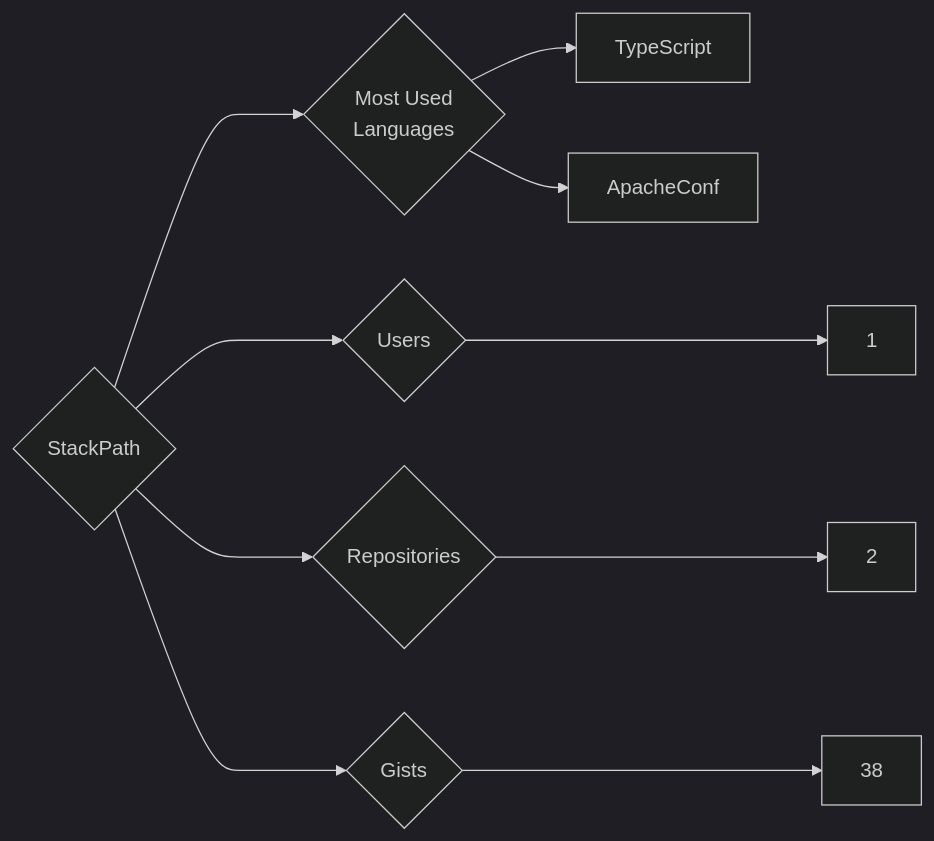
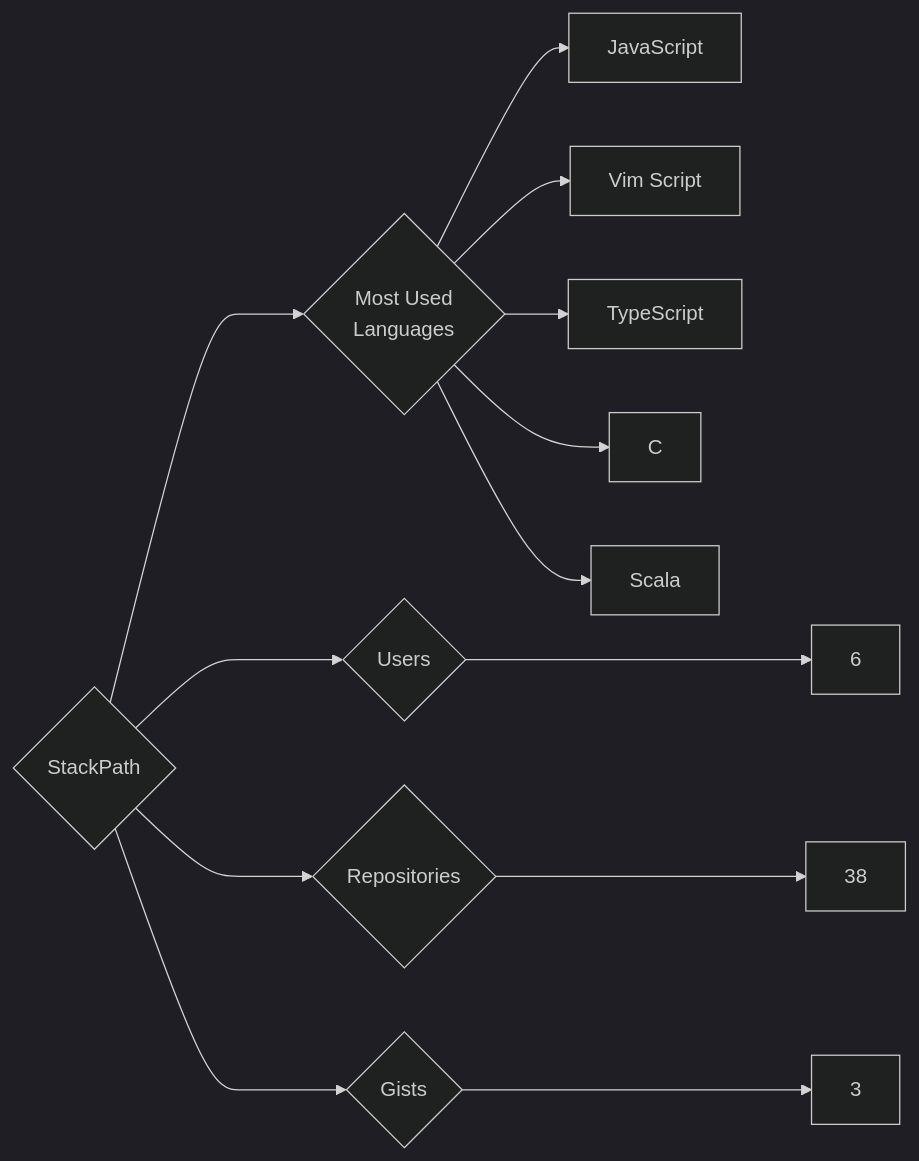
Before and after one commit to trickest/insiders: the diagram in targets/StackPath/README.md, drawn with Mermaid (dark theme). The commit also changed 815 other files, not shown here.

````diff
--- a/targets/StackPath/README.md
+++ b/targets/StackPath/README.md
@@ -3,10 +3,13 @@
 ```mermaid
 graph LR
 COMPANY_NAME{StackPath}
-COMPANY_NAME ---> U{Users} ---> UN[1]
-COMPANY_NAME ---> R{Repositories} ---> RN[2]
-COMPANY_NAME ---> G{Gists} ---> GN[38]
+COMPANY_NAME ---> U{Users} ---> UN[6]
+COMPANY_NAME ---> R{Repositories} ---> RN[38]
+COMPANY_NAME ---> G{Gists} ---> GN[3]
 COMPANY_NAME ---> ML{Most Used<br>Languages}
+ML --> JavaScript[JavaScript]
+ML --> Vim_Script[Vim Script]
 ML --> TypeScript[TypeScript]
-ML --> ApacheConf[ApacheConf]
+ML --> C[C]
+ML --> Scala[Scala]
 ```
````
